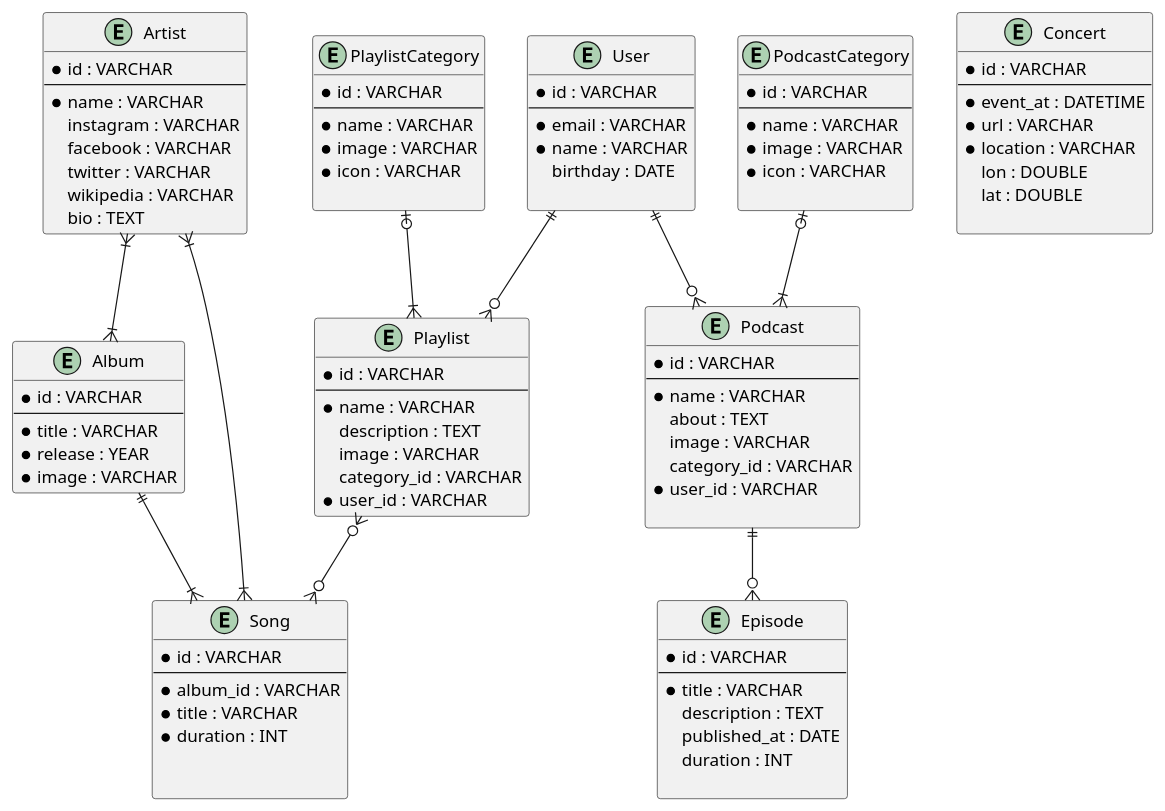
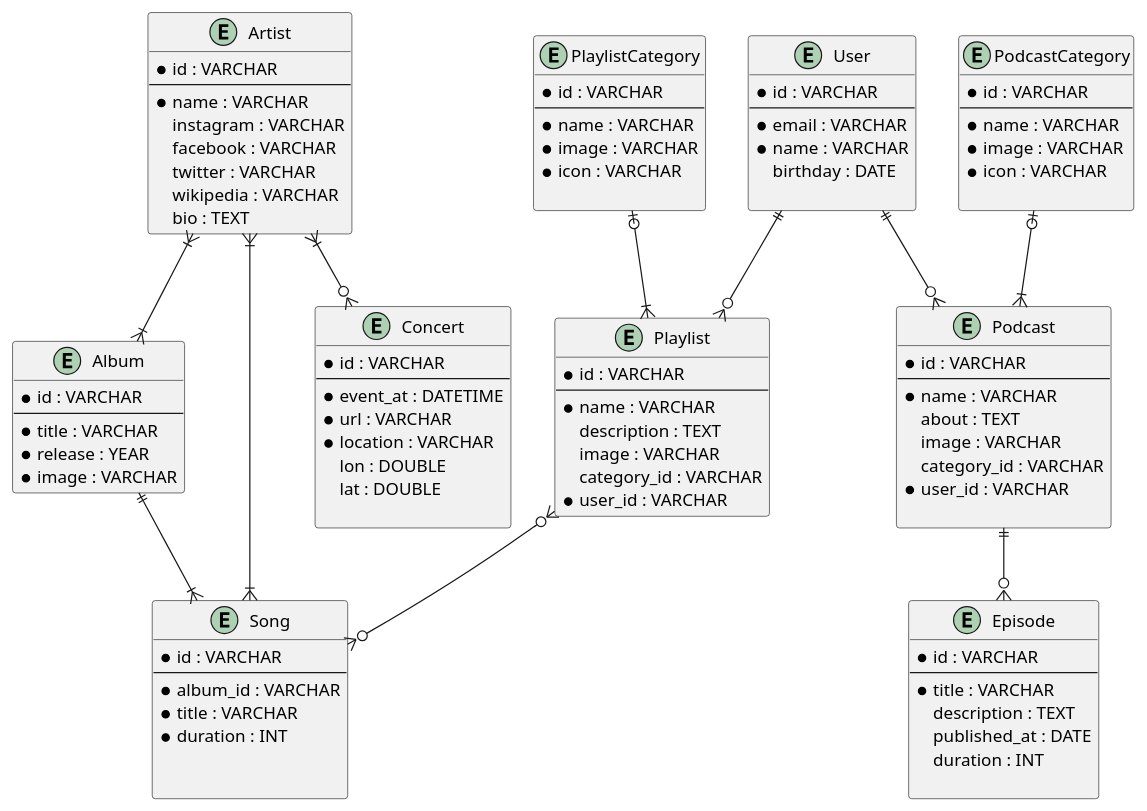
Before and after one commit to hanifiamdev/plantUML: the diagram in spotify.puml, drawn with PlantUML.

Commit message:
Menentukan Relasi Entity Concert

```diff
--- a/spotify.puml
+++ b/spotify.puml
@@ -1,110 +1,111 @@
 @startuml
 entity Artist {
     * id : VARCHAR
     --
     * name : VARCHAR
     instagram : VARCHAR
     facebook : VARCHAR
     twitter : VARCHAR
     wikipedia : VARCHAR
     bio : TEXT
 }
 
 entity Album {
     * id : VARCHAR
     --
     * title : VARCHAR
     * release : YEAR
     * image : VARCHAR
 }
 
 entity Song {
     * id : VARCHAR
     --
     * album_id : VARCHAR
     * title : VARCHAR
     * duration : INT
 
 
 }
 
 entity PlaylistCategory {
     * id : VARCHAR
     --
     * name : VARCHAR
     * image : VARCHAR
     * icon : VARCHAR
 
 }
 
 
 entity Playlist {
     * id : VARCHAR
     --
     * name : VARCHAR
     description : TEXT
     image : VARCHAR
     category_id : VARCHAR
     * user_id : VARCHAR
 }
 
 entity PodcastCategory {
     * id : VARCHAR
     --
     * name : VARCHAR
     * image : VARCHAR
     * icon : VARCHAR
 
 }
 
 entity Podcast {
     * id : VARCHAR
     --
     * name : VARCHAR
     about : TEXT
     image : VARCHAR
     category_id : VARCHAR
     * user_id : VARCHAR
 
 }
 
 entity Episode {
     * id : VARCHAR
     --
     * title : VARCHAR
     description : TEXT
     published_at : DATE
     duration : INT
 
 }
 
 entity User {
     * id : VARCHAR
     --
     * email : VARCHAR
     * name : VARCHAR
     birthday : DATE
 
 }
 
 entity Concert {
    * id : VARCHAR
    --
    * event_at : DATETIME
    * url : VARCHAR
    * location : VARCHAR
    lon : DOUBLE
    lat : DOUBLE
 
 }
 Artist }|--|{ Album
 Album ||--|{ Song
 Artist }|--|{ Song
 PlaylistCategory |o--|{ Playlist
 User ||--o{ Playlist
 Playlist }o--o{ Song
 PodcastCategory |o--|{ Podcast
 User ||--o{ Podcast
 Podcast ||--o{ Episode
+Artist }|--o{ Concert
 
 @enduml
```
